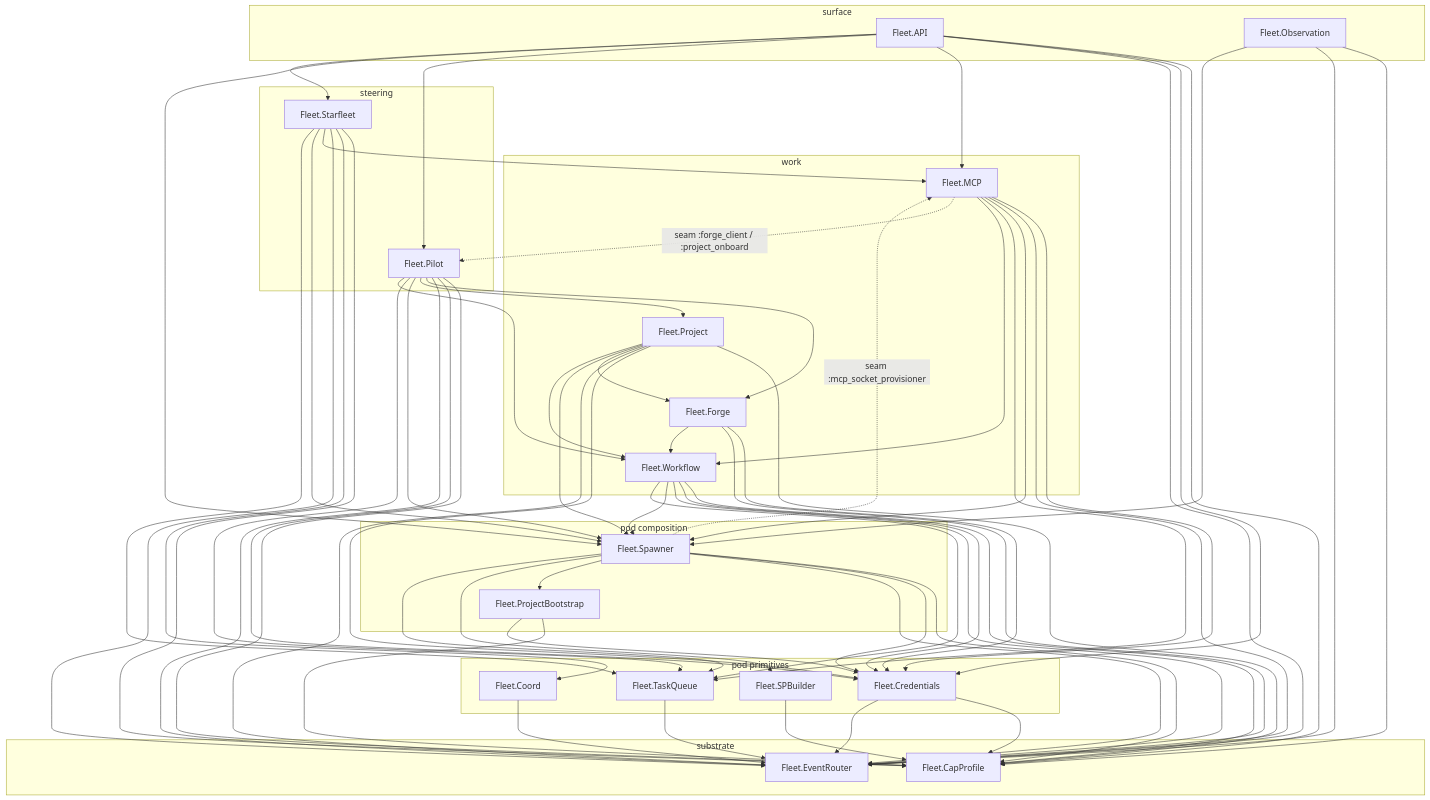
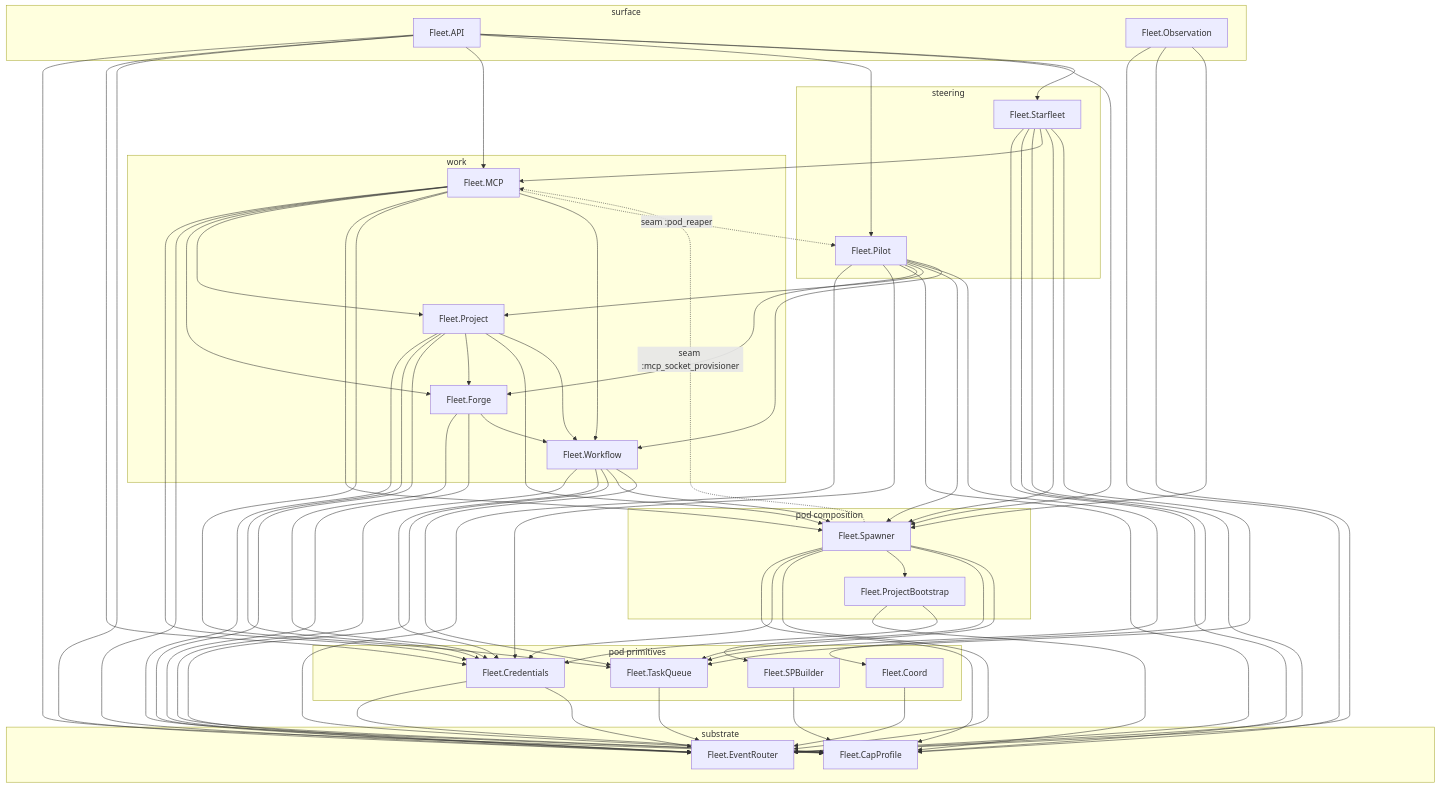
One commit to zUrp-Embedded/LCARS-fleet changed the diagram in fleet/README.md. Above: the diagram before and after it, drawn with Mermaid. The commit also changed 4 other files, not shown here.

````diff
--- a/fleet/README.md
+++ b/fleet/README.md
@@ -72,6 +72,8 @@
     Fleet_Forge --> Fleet_Workflow
     Fleet_MCP --> Fleet_Credentials
     Fleet_MCP --> Fleet_EventRouter
+    Fleet_MCP --> Fleet_Forge
+    Fleet_MCP --> Fleet_Project
     Fleet_MCP --> Fleet_Spawner
     Fleet_MCP --> Fleet_TaskQueue
     Fleet_MCP --> Fleet_Workflow
@@ -114,5 +116,5 @@
     Fleet_Workflow --> Fleet_Spawner
     Fleet_Workflow --> Fleet_TaskQueue
     Fleet_Spawner -. "seam :mcp_socket_provisioner" .-> Fleet_MCP
-    Fleet_MCP -. "seam :forge_client / :project_onboard" .-> Fleet_Pilot
+    Fleet_MCP -. "seam :pod_reaper" .-> Fleet_Pilot
 ```
````
